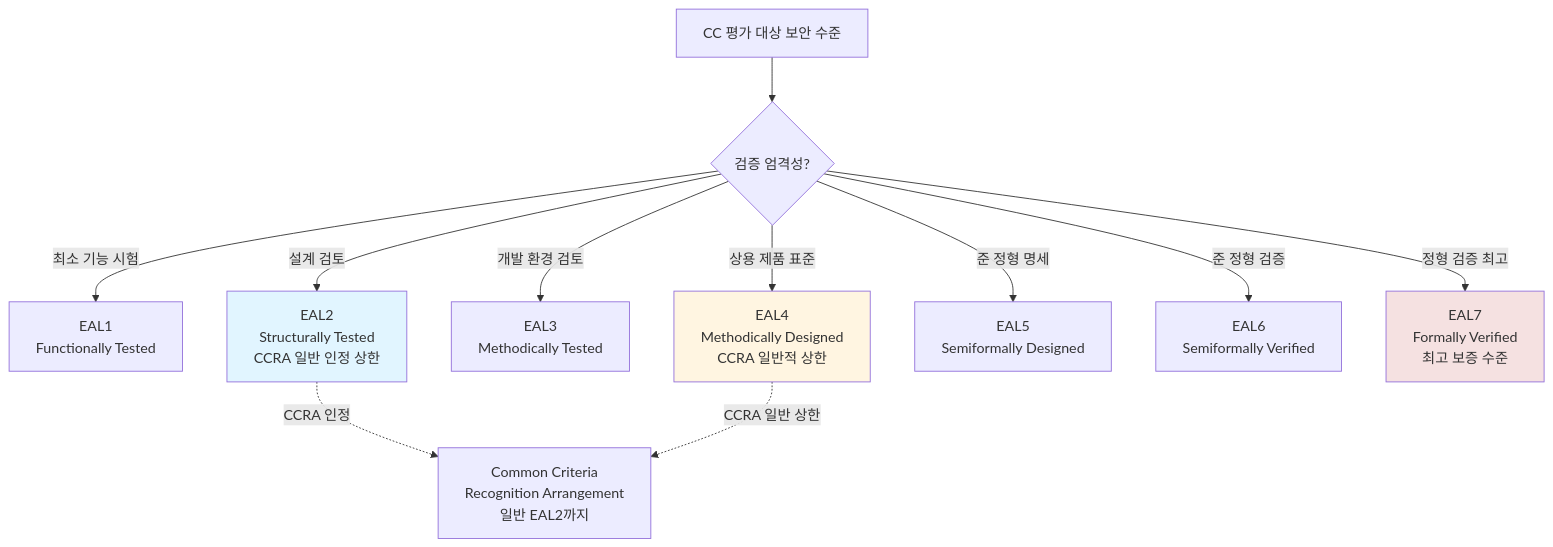
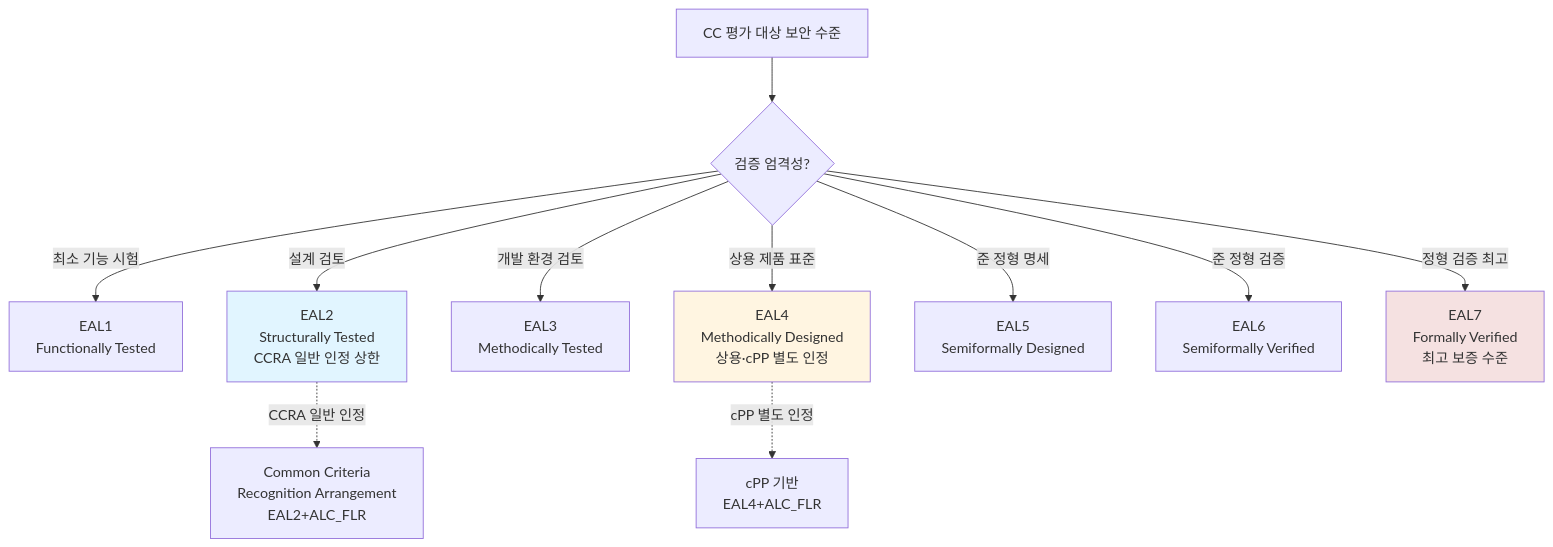
Before and after one commit to ianrang/cs-study: the third of 5 diagrams in cs/information-security/study/05.management-and-law/05.certifications.md, drawn with Mermaid. The commit also changed other lines of this file and 1 other file, not shown here.

````diff
--- a/cs/information-security/study/05.management-and-law/05.certifications.md
+++ b/cs/information-security/study/05.management-and-law/05.certifications.md
@@ -623,19 +629,19 @@
 ```mermaid
 graph TD
   Q[CC 평가 대상 보안 수준] --> Q1{검증 엄격성?}
 
   Q1 -- 최소 기능 시험 --> E1[EAL1<br/>Functionally Tested]
   Q1 -- 설계 검토 --> E2[EAL2<br/>Structurally Tested<br/>CCRA 일반 인정 상한]
   Q1 -- 개발 환경 검토 --> E3[EAL3<br/>Methodically Tested]
-  Q1 -- 상용 제품 표준 --> E4[EAL4<br/>Methodically Designed<br/>CCRA 일반적 상한]
+  Q1 -- 상용 제품 표준 --> E4[EAL4<br/>Methodically Designed<br/>상용·cPP 별도 인정]
   Q1 -- 준 정형 명세 --> E5[EAL5<br/>Semiformally Designed]
   Q1 -- 준 정형 검증 --> E6[EAL6<br/>Semiformally Verified]
   Q1 -- 정형 검증 최고 --> E7[EAL7<br/>Formally Verified<br/>최고 보증 수준]
 
-  E2 -.CCRA 인정.-> CCRA[Common Criteria<br/>Recognition Arrangement<br/>일반 EAL2까지]
-  E4 -.CCRA 일반 상한.-> CCRA
+  E2 -.CCRA 일반 인정.-> CCRA[Common Criteria<br/>Recognition Arrangement<br/>EAL2+ALC_FLR]
+  E4 -.cPP 별도 인정.-> CPP[cPP 기반<br/>EAL4+ALC_FLR]
 
   style E4 fill:#fff5e1
   style E7 fill:#f5e1e1
   style E2 fill:#e1f5ff
 ```
````
